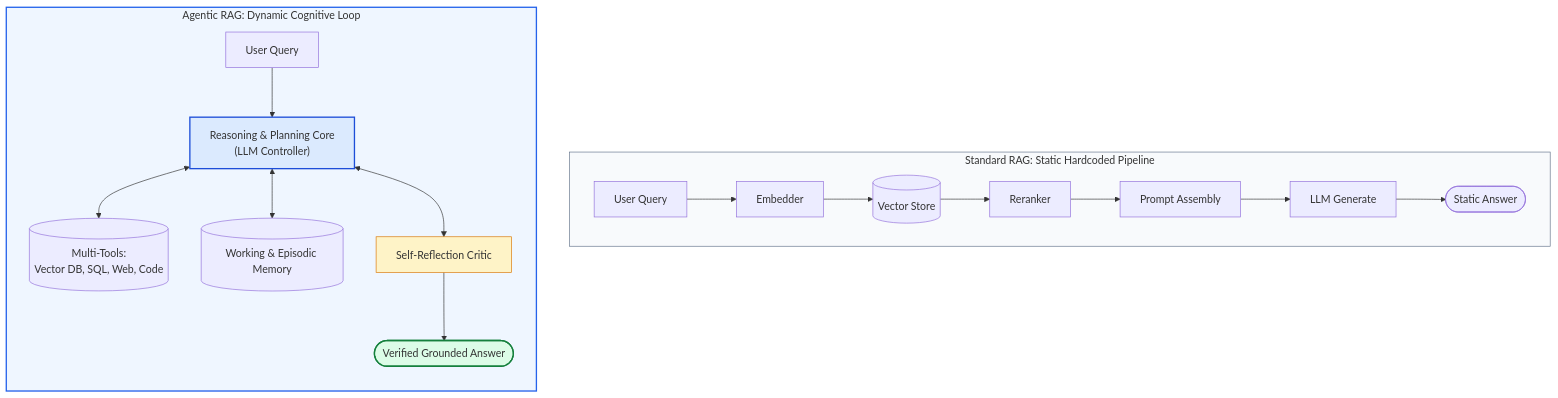
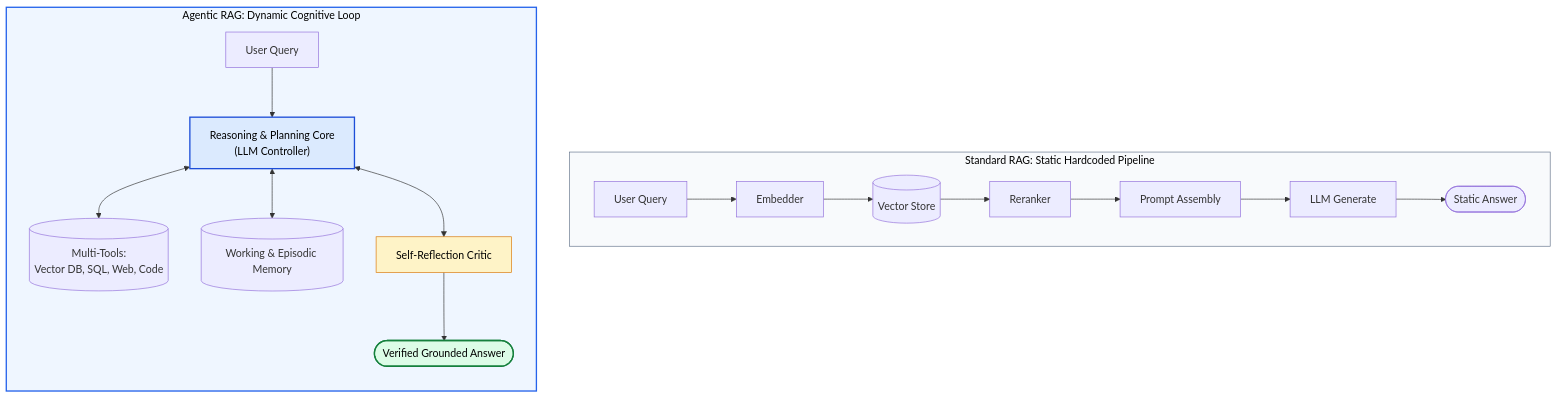
The first of 6 diagrams in 07-Agentic-RAG/RAG-vs-Agentic-RAG.md (swapnil3104/RAG-Engineering), drawn with Mermaid before and after one commit. The commit also changed other lines of this file and 108 other files, not shown here.

Commit message:
fix: make chart text visible across all Mermaid diagrams and resolve markdown table formatting issues

````diff
--- a/07-Agentic-RAG/RAG-vs-Agentic-RAG.md
+++ b/07-Agentic-RAG/RAG-vs-Agentic-RAG.md
@@ -30,22 +30,22 @@
 ```mermaid
 flowchart TD
     subgraph StdRAG ["Standard RAG: Static Hardcoded Pipeline"]
         direction LR
         Q1[User Query] --> E1[Embedder] --> V1[(Vector Store)] --> R1[Reranker] --> P1[Prompt Assembly] --> G1[LLM Generate] --> Out1([Static Answer])
     end
 
     subgraph AgtRAG ["Agentic RAG: Dynamic Cognitive Loop"]
         direction TB
         Q2[User Query] --> AgentCore["Reasoning & Planning Core<br/>(LLM Controller)"]
         AgentCore <--> Tools[(Multi-Tools:<br/>Vector DB, SQL, Web, Code)]
         AgentCore <--> Memory[(Working & Episodic Memory)]
         AgentCore <--> Critic["Self-Reflection Critic"]
         Critic --> Out2([Verified Grounded Answer])
     end
 
-    style StdRAG fill:#f8fafc,stroke:#64748b,stroke-width:1px
-    style AgtRAG fill:#eff6ff,stroke:#2563eb,stroke-width:2px
-    style AgentCore fill:#dbeafe,stroke:#1d4ed8,stroke-width:2px
-    style Critic fill:#fef3c7,stroke:#d97706,stroke-width:1px
-    style Out2 fill:#dcfce7,stroke:#15803d,stroke-width:2px
+    style StdRAG fill:#f8fafc,stroke:#64748b,stroke-width:1px,color:#000000
+    style AgtRAG fill:#eff6ff,stroke:#2563eb,stroke-width:2px,color:#000000
+    style AgentCore fill:#dbeafe,stroke:#1d4ed8,stroke-width:2px,color:#000000
+    style Critic fill:#fef3c7,stroke:#d97706,stroke-width:1px,color:#000000
+    style Out2 fill:#dcfce7,stroke:#15803d,stroke-width:2px,color:#000000
 ```
````
